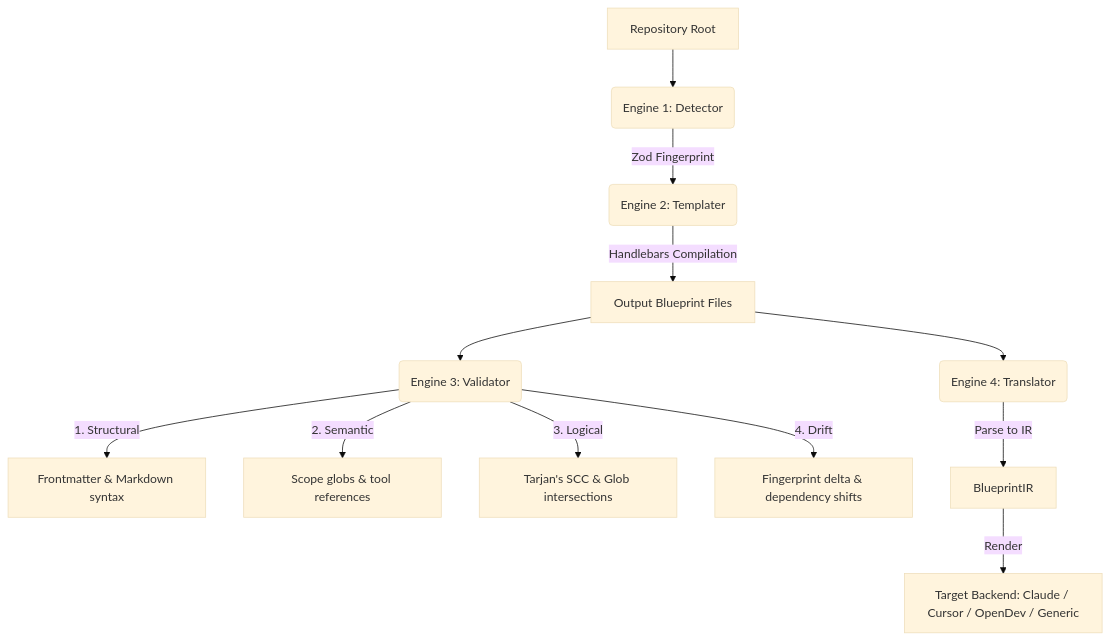
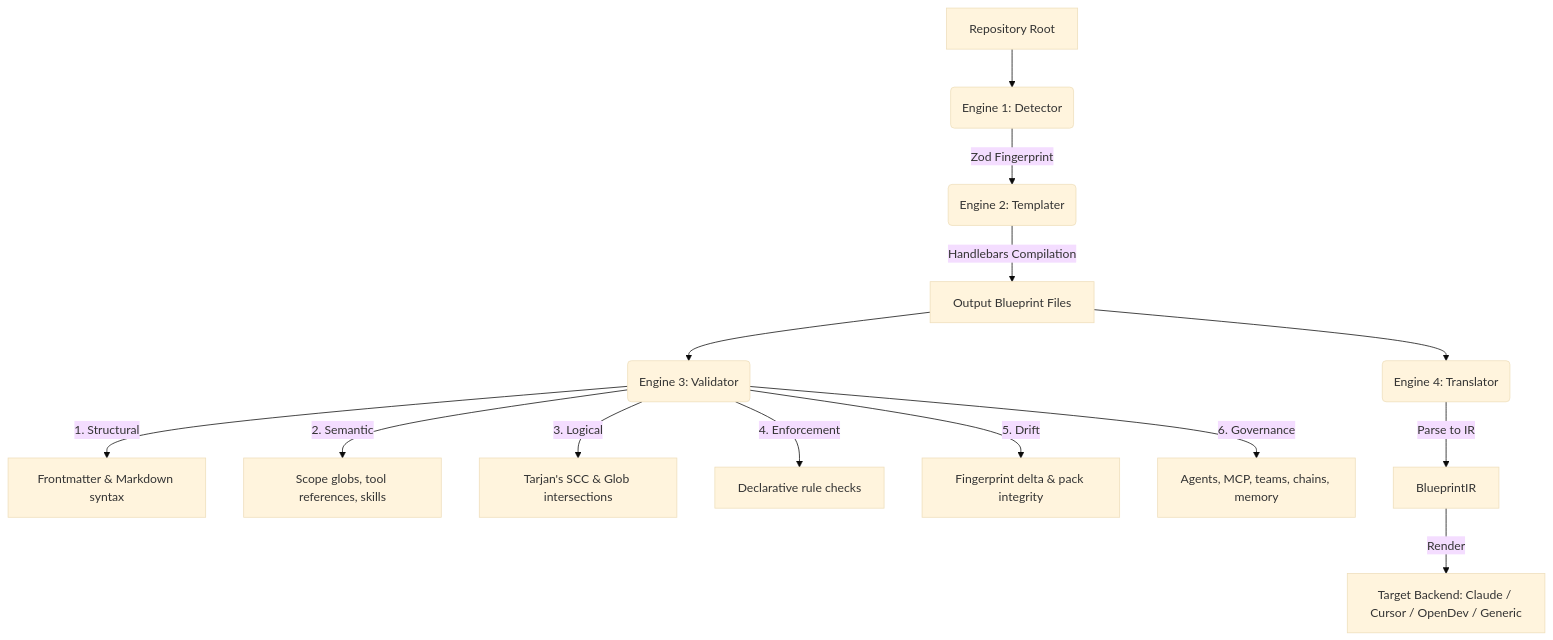
The diagram in docs/concepts.md (0xkhdr/open-blueprint), drawn with Mermaid (base theme) before and after one commit. The commit also changed other lines of this file and 30 other files, not shown here.

````diff
--- a/docs/concepts.md
+++ b/docs/concepts.md
@@ -46,14 +38,16 @@
 ```mermaid
 graph TD
     A[Repository Root] --> B(Engine 1: Detector)
     B -->|Zod Fingerprint| C(Engine 2: Templater)
     C -->|Handlebars Compilation| D[Output Blueprint Files]
     D --> E(Engine 3: Validator)
     E -->|1. Structural| E1[Frontmatter & Markdown syntax]
-    E -->|2. Semantic| E2[Scope globs & tool references]
+    E -->|2. Semantic| E2[Scope globs, tool references, skills]
     E -->|3. Logical| E3[Tarjan's SCC & Glob intersections]
-    E -->|4. Drift| E4[Fingerprint delta & dependency shifts]
+    E -->|4. Enforcement| E4[Declarative rule checks]
+    E -->|5. Drift| E5[Fingerprint delta & pack integrity]
+    E -->|6. Governance| E6[Agents, MCP, teams, chains, memory]
     D --> F(Engine 4: Translator)
     F -->|Parse to IR| G[BlueprintIR]
     G -->|Render| H[Target Backend: Claude / Cursor / OpenDev / Generic]
 ```
````
